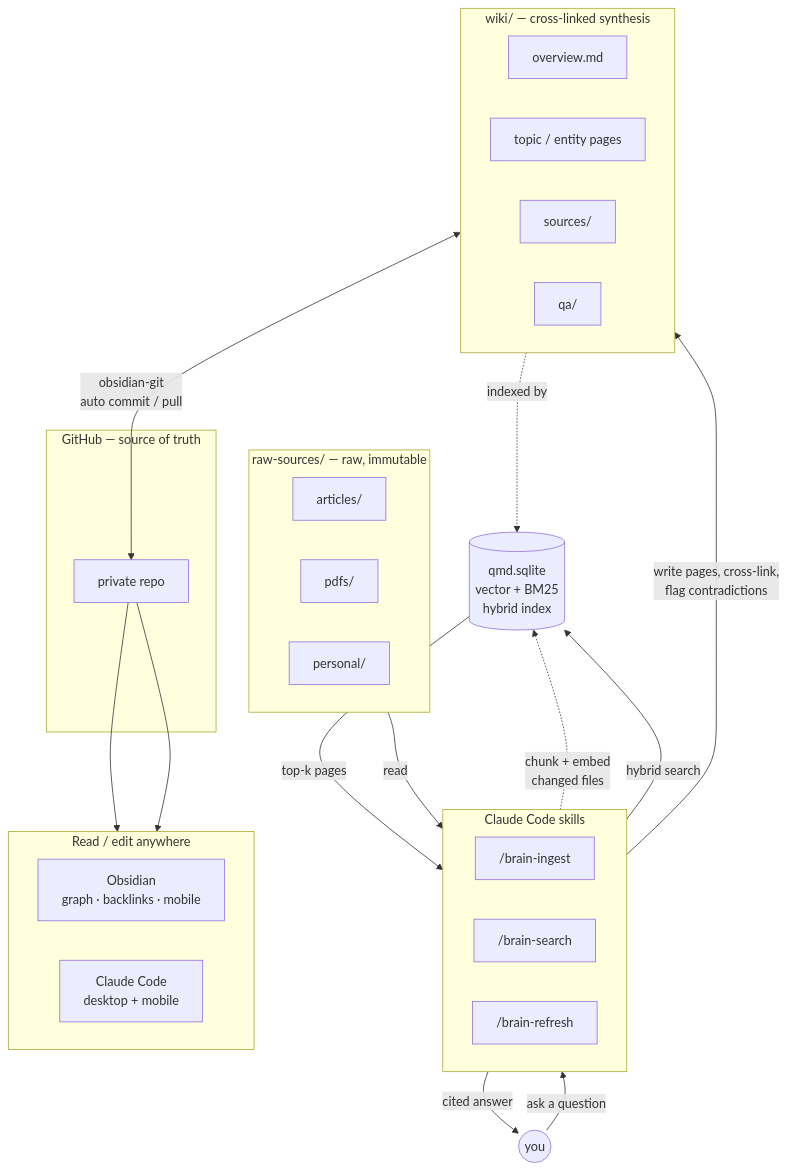
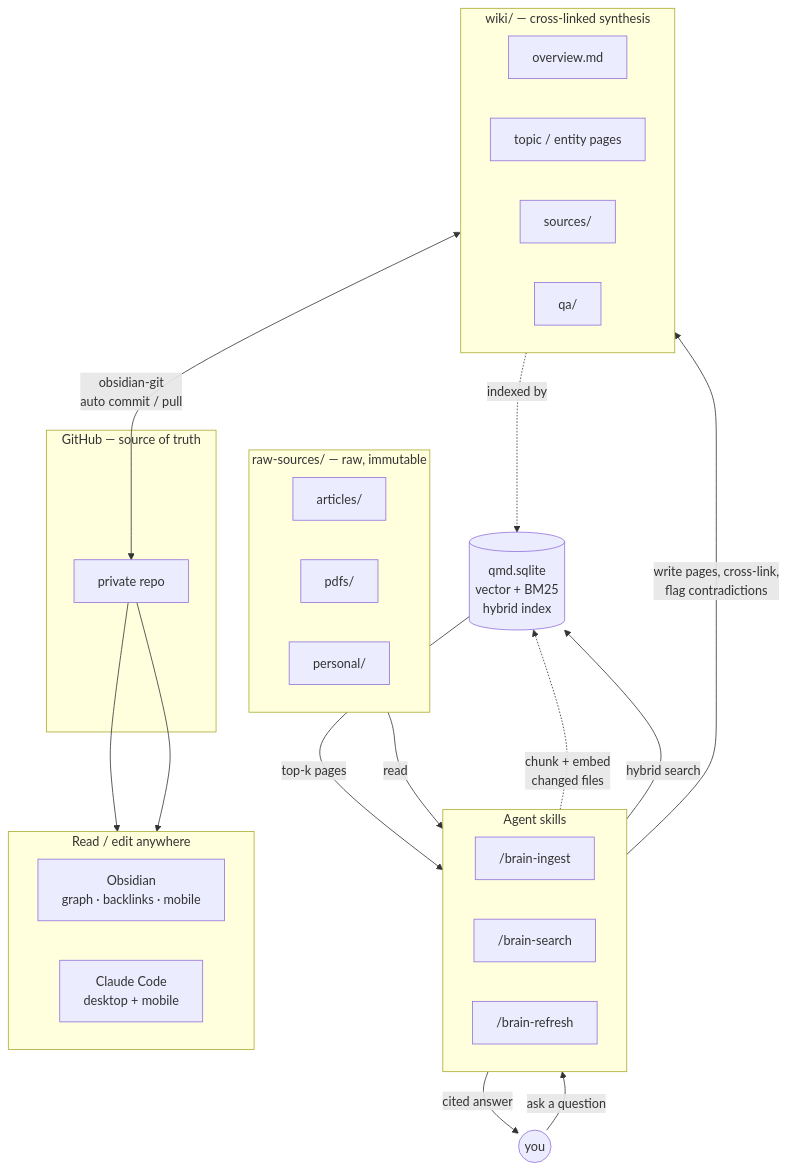
Before and after one commit to jessepinkman9900/claude-second-brain: the diagram in pr-preview/pr-25/concepts/how-it-works.md, drawn with Mermaid. The commit also changed 36 other files, not shown here.

````diff
--- a/pr-preview/pr-25/concepts/how-it-works.md
+++ b/pr-preview/pr-25/concepts/how-it-works.md
@@ -5,50 +5,50 @@
 ```mermaid
 flowchart TB
   subgraph Sources["raw-sources/ — raw, immutable"]
     direction LR
     S1[articles/]
     S2[pdfs/]
     S3[personal/]
   end
 
-  subgraph Skills["Claude Code skills"]
+  subgraph Skills["Agent skills"]
     direction LR
     I["/brain-ingest"]
     Q["/brain-search"]
     R["/brain-refresh"]
   end
 
   subgraph Wiki["wiki/ — cross-linked synthesis"]
     direction LR
     W1[overview.md]
     W2[topic / entity pages]
     W3[sources/]
     W4[qa/]
   end
 
   QMD[("qmd.sqlite<br/>vector + BM25<br/>hybrid index")]
 
   subgraph Remote["GitHub — source of truth"]
     GH[private repo]
   end
 
   subgraph Read["Read / edit anywhere"]
     direction LR
     OB["Obsidian<br/>graph · backlinks · mobile"]
     CC["Claude Code<br/>desktop + mobile"]
   end
 
   User((you))
 
   Sources -->|read| I
   I -->|write pages, cross-link,<br/>flag contradictions| Wiki
   R -.->|chunk + embed<br/>changed files| QMD
   Wiki -.->|indexed by| QMD
   User -->|ask a question| Q
   Q -->|hybrid search| QMD
   QMD -->|top-k pages| Q
   Q -->|cited answer| User
   Wiki <-->|"obsidian-git<br/>auto commit / pull"| GH
   GH --> OB
   GH --> CC
 ```
````
